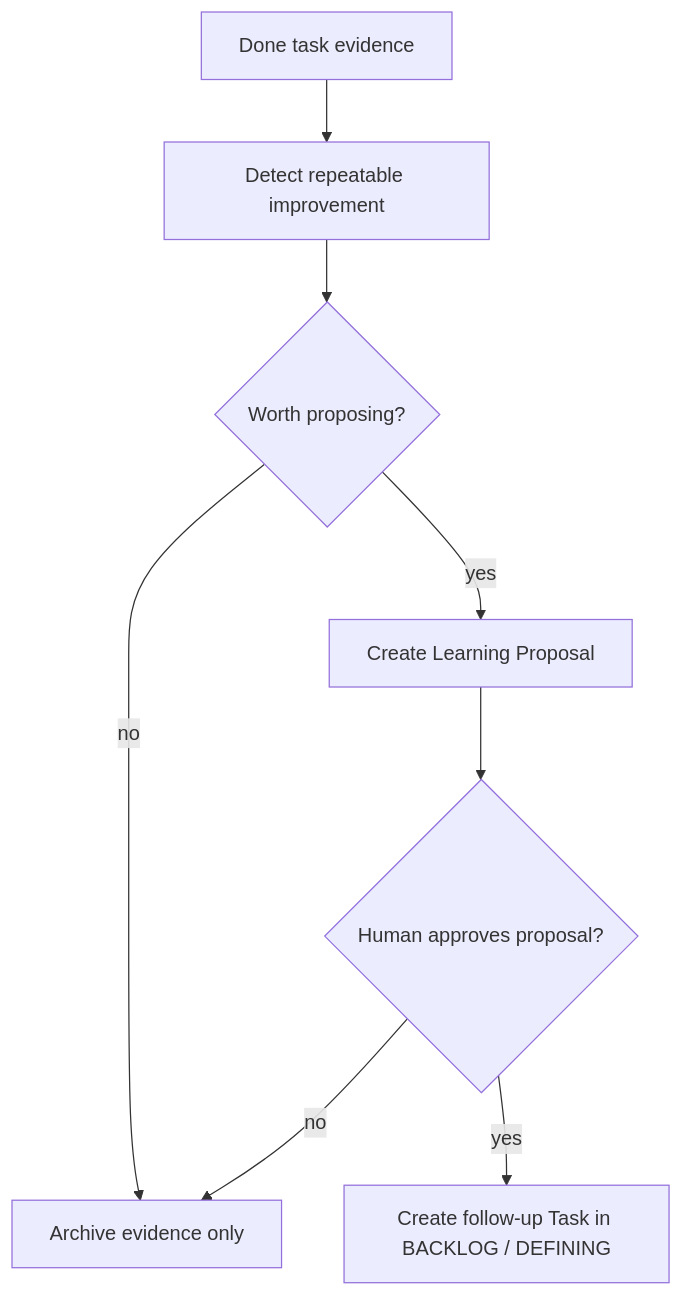
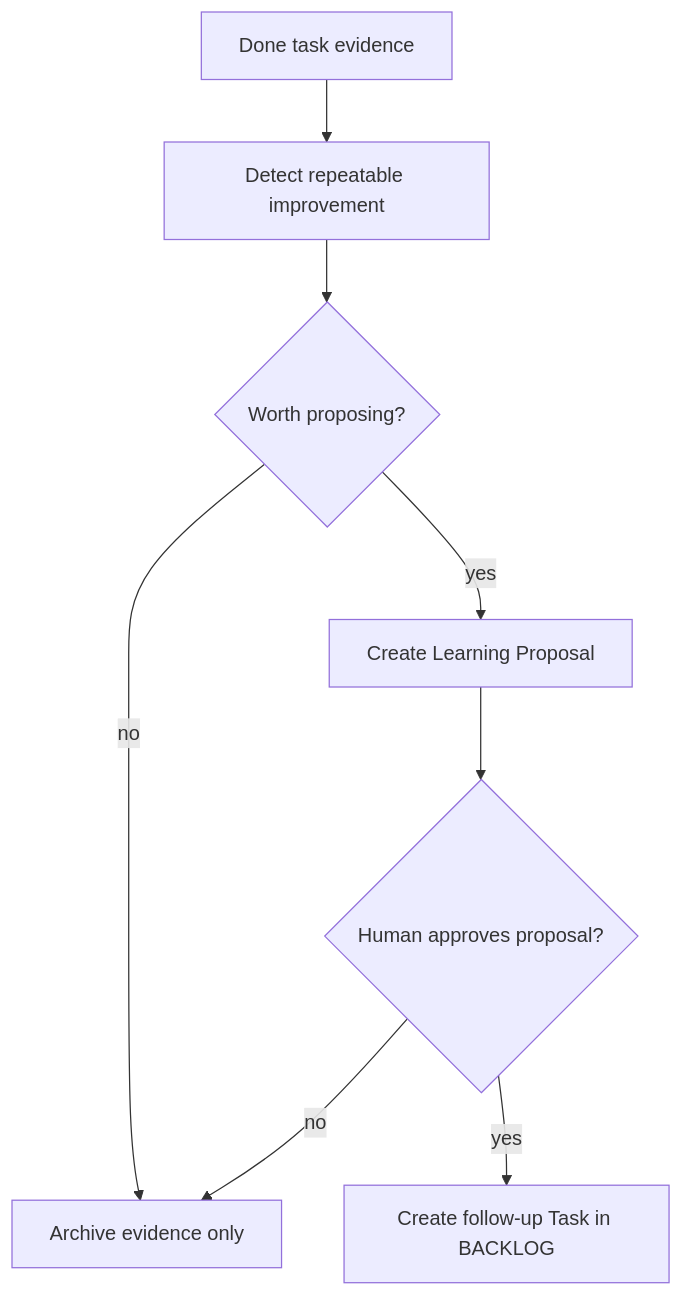
One commit to samzhu/grimoAPP changed the ninth of 10 diagrams in docs/grimo/references/grimo-agent-workflow-definition.md. Above: the diagram before and after it, drawn with Mermaid. The commit also changed other lines of this file and 29 other files, not shown here.

````diff
--- a/docs/grimo/references/grimo-agent-workflow-definition.md
+++ b/docs/grimo/references/grimo-agent-workflow-definition.md
@@ -323,10 +349,10 @@
 ```mermaid
 flowchart TD
   DoneEvidence["Done task evidence"] --> Detect["Detect repeatable improvement"]
   Detect --> WorthIt{"Worth proposing?"}
   WorthIt -- "no" --> Archive["Archive evidence only"]
   WorthIt -- "yes" --> Proposal["Create Learning Proposal"]
   Proposal --> HumanDecision{"Human approves proposal?"}
   HumanDecision -- "no" --> Archive
-  HumanDecision -- "yes" --> Backlog["Create follow-up Task in BACKLOG / DEFINING"]
+  HumanDecision -- "yes" --> Backlog["Create follow-up Task in BACKLOG"]
 ```
````
